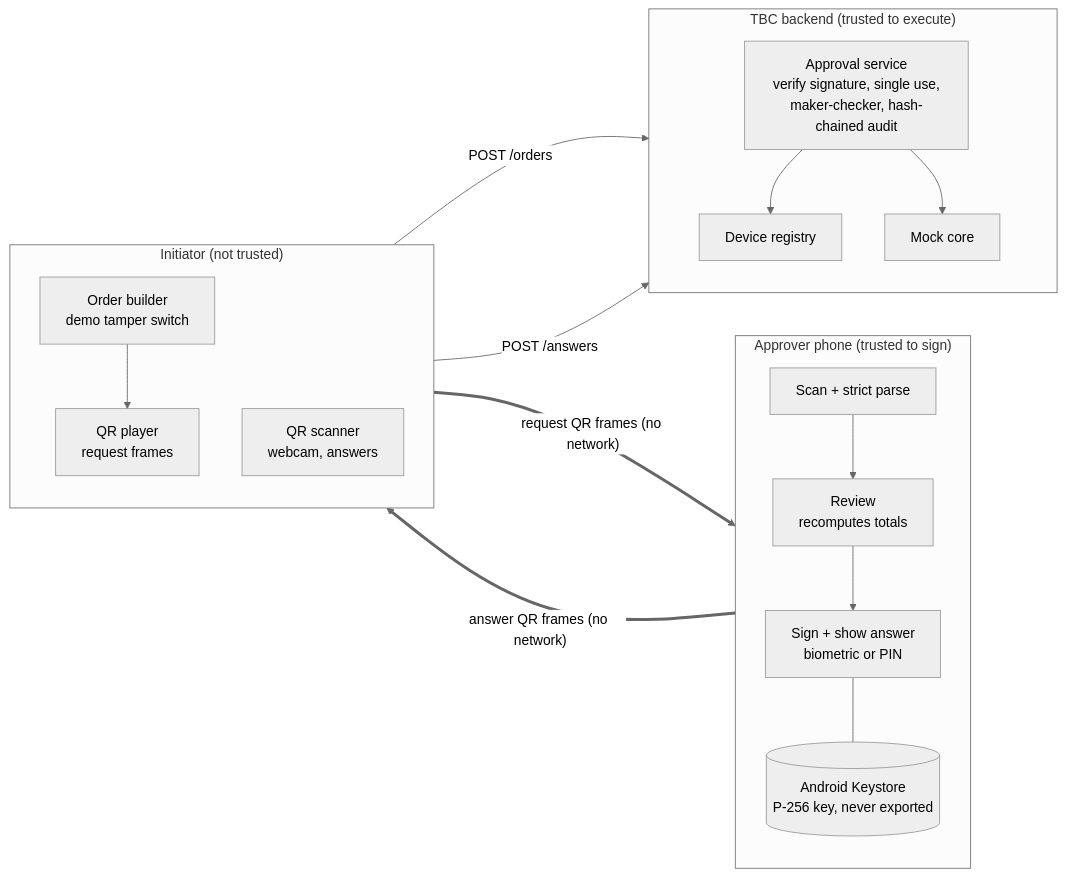
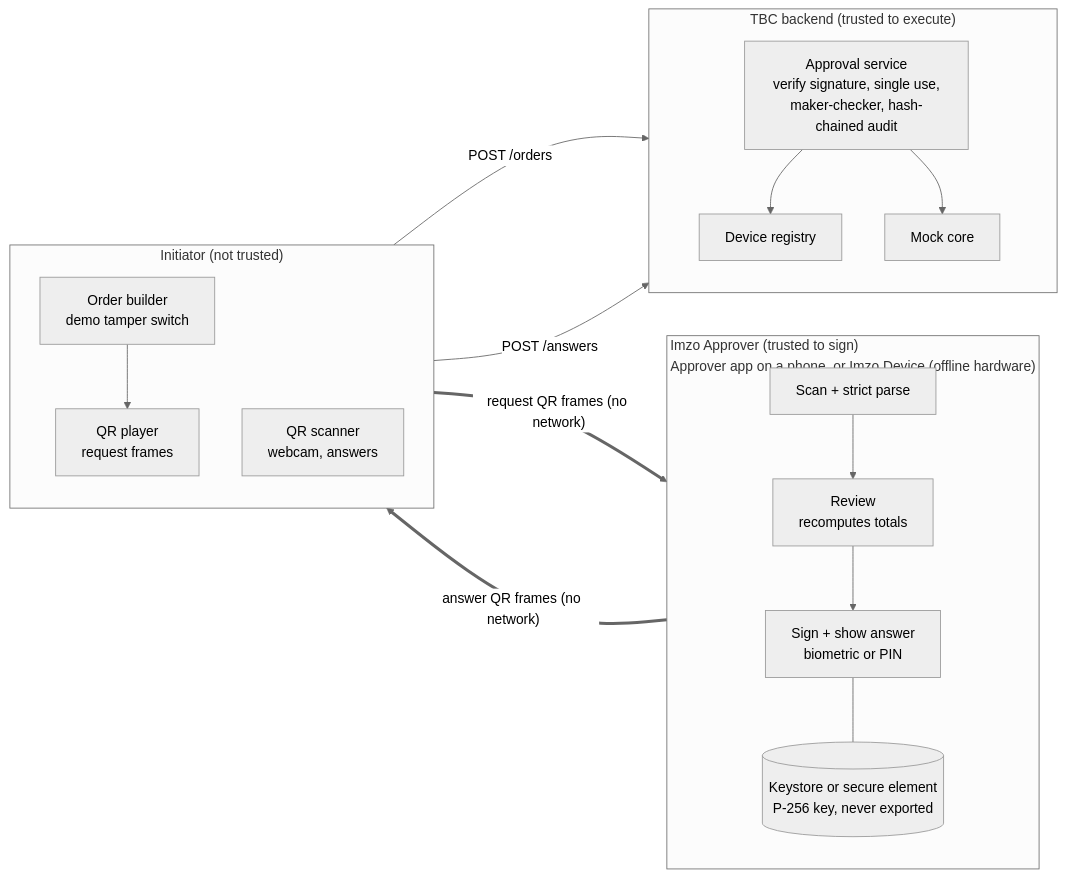
One commit to Pazuzu-Inc/imzo changed the diagram in diagrams/architecture.mmd. Above: the diagram before and after it, drawn with Mermaid (neutral theme). The commit also changed 9 other files, not shown here.

First line of the commit message:
Add two approver editions: Imzo Device and Imzo Approver app

```diff
--- a/diagrams/architecture.mmd
+++ b/diagrams/architecture.mmd
@@ -1,25 +1,25 @@
 %% Imzo: components and trust zones. Render at https://mermaid.live or with mermaid-cli.
 flowchart LR
-  subgraph APPROVER["Approver phone (trusted to sign)"]
+  subgraph APPROVER["Imzo Approver (trusted to sign)<br/>Approver app on a phone, or Imzo Device (offline hardware)"]
     direction TB
     A1["Scan + strict parse"] --> A2["Review<br/>recomputes totals"] --> A3["Sign + show answer<br/>biometric or PIN"]
-    AX[("Android Keystore<br/>P-256 key, never exported")]
+    AX[("Keystore or secure element<br/>P-256 key, never exported")]
     A3 --- AX
   end
   subgraph INITIATOR["Initiator (not trusted)"]
     direction TB
     I1["Order builder<br/>demo tamper switch"] --> I2["QR player<br/>request frames"]
     I3["QR scanner<br/>webcam, answers"]
   end
   subgraph BACKEND["TBC backend (trusted to execute)"]
     direction TB
     S1["Approval service<br/>verify signature, single use,<br/>maker-checker, hash-chained audit"]
     S2["Device registry"]
     S3["Mock core"]
     S1 --> S2
     S1 --> S3
   end
   I1 -- "POST /orders" --> S1
   I2 == "request QR frames (no network)" ==> A1
   A3 == "answer QR frames (no network)" ==> I3
   I3 -- "POST /answers" --> S1
```
